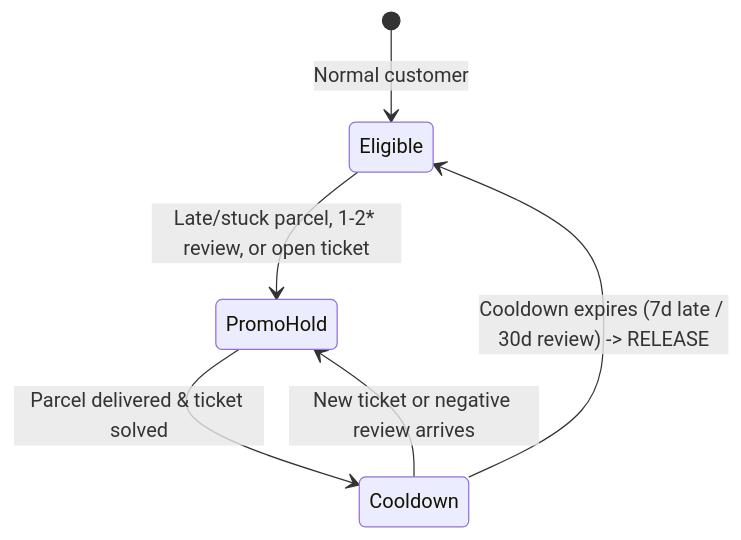
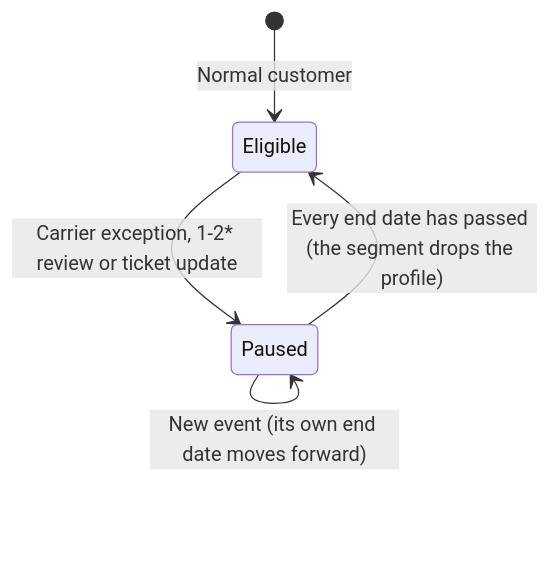
Before and after one commit to errer441122/cx-crm-promo-guard: the diagram in docs/state-machine-and-crm-rules.md, drawn with Mermaid. The commit also changed other lines of this file and 11 other files, not shown here.

````diff
--- a/docs/state-machine-and-crm-rules.md
+++ b/docs/state-machine-and-crm-rules.md
@@ -3,8 +5,7 @@
 ```mermaid
 stateDiagram-v2
     [*] --> Eligible: Normal customer
-    Eligible --> PromoHold: Late/stuck parcel, 1-2* review, or open ticket
-    PromoHold --> Cooldown: Parcel delivered & ticket solved
-    Cooldown --> Eligible: Cooldown expires (7d late / 30d review) -> RELEASE
-    Cooldown --> PromoHold: New ticket or negative review arrives
+    Eligible --> Paused: Carrier exception, 1-2* review or ticket update
+    Paused --> Paused: New event (its own end date moves forward)
+    Paused --> Eligible: Every end date has passed (the segment drops the profile)
 ```
````
